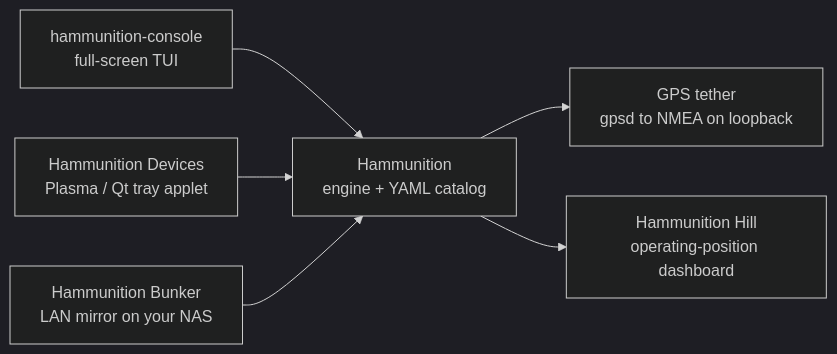
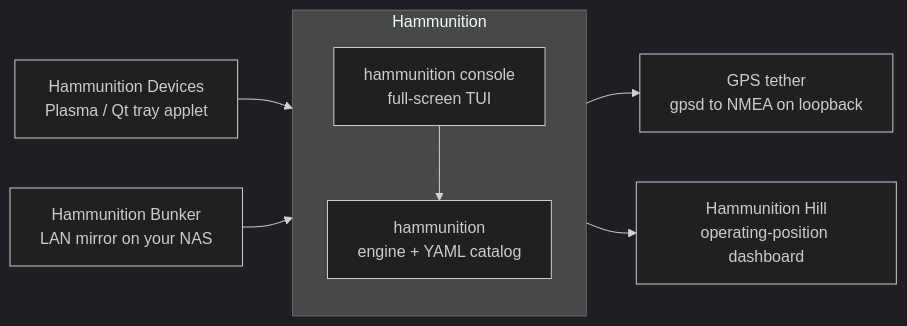
One commit to ChiefGyk3D/chiefgyk3d changed the diagram in README.md. Above: the diagram before and after it, drawn with Mermaid (dark theme). The commit also changed other lines of this file, not shown here.

Commit message:
README: the console is part of the Hammunition engine now
hammunition-console was folded into the engine as `hammunition console`
(Hammunition #302, PR #331), so its row goes and the engine's row
describes the console; the suite diagram draws the console inside the
engine instead of as a separate client.

````diff
--- a/README.md
+++ b/README.md
@@ -55,8 +55,11 @@
 ```mermaid
 flowchart LR
-    console["hammunition-console<br/>full-screen TUI"] --> engine
+    subgraph engine["Hammunition"]
+        direction TB
+        console["hammunition console<br/>full-screen TUI"] --> cli["hammunition<br/>engine + YAML catalog"]
+    end
     tray["Hammunition Devices<br/>Plasma / Qt tray applet"] --> engine
     bunker["Hammunition Bunker<br/>LAN mirror on your NAS"] --> engine
-    engine["Hammunition<br/>engine + YAML catalog"] --> tether["GPS tether<br/>gpsd to NMEA on loopback"]
+    engine --> tether["GPS tether<br/>gpsd to NMEA on loopback"]
     engine --> hill["Hammunition Hill<br/>operating-position dashboard"]
 ```
````
